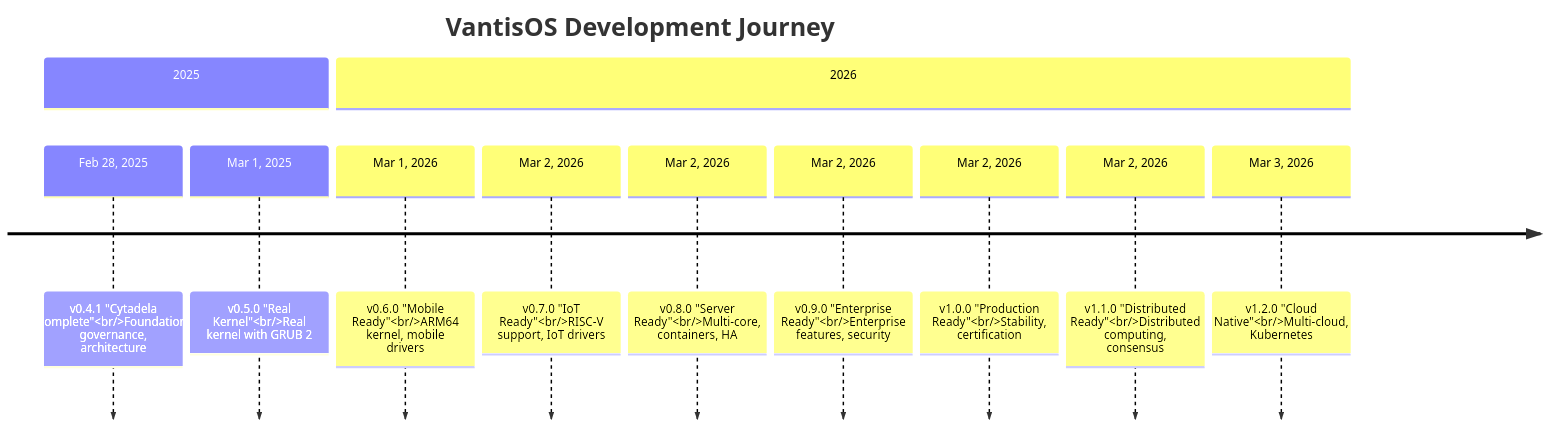
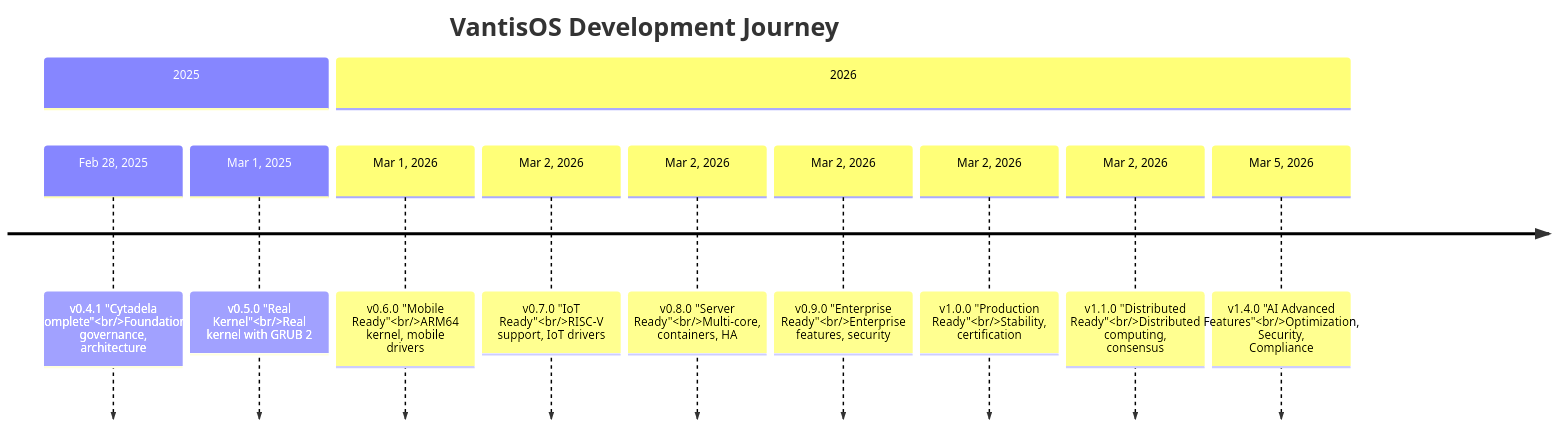
One commit to Gh0s777tt/test changed the diagram in README.md. Above: the diagram before and after it, drawn with Mermaid. The commit also changed other lines of this file, not shown here.

Commit message:
docs: Update README to v1.4.0 - AI Advanced Features

````diff
--- a/README.md
+++ b/README.md
@@ -249,15 +249,15 @@
 ```mermaid
 timeline
     title VantisOS Development Journey
     section 2025
         Feb 28, 2025 : v0.4.1 "Cytadela Complete"<br/>Foundation, governance, architecture
         Mar 1, 2025  : v0.5.0 "Real Kernel"<br/>Real kernel with GRUB 2
     section 2026
         Mar 1, 2026  : v0.6.0 "Mobile Ready"<br/>ARM64 kernel, mobile drivers
         Mar 2, 2026  : v0.7.0 "IoT Ready"<br/>RISC-V support, IoT drivers
         Mar 2, 2026  : v0.8.0 "Server Ready"<br/>Multi-core, containers, HA
         Mar 2, 2026  : v0.9.0 "Enterprise Ready"<br/>Enterprise features, security
         Mar 2, 2026  : v1.0.0 "Production Ready"<br/>Stability, certification
         Mar 2, 2026  : v1.1.0 "Distributed Ready"<br/>Distributed computing, consensus
-        Mar 3, 2026  : v1.2.0 "Cloud Native"<br/>Multi-cloud, Kubernetes
+        Mar 5, 2026  : v1.4.0 "AI Advanced Features"<br/>Optimization, Security, Compliance
 ```
````
